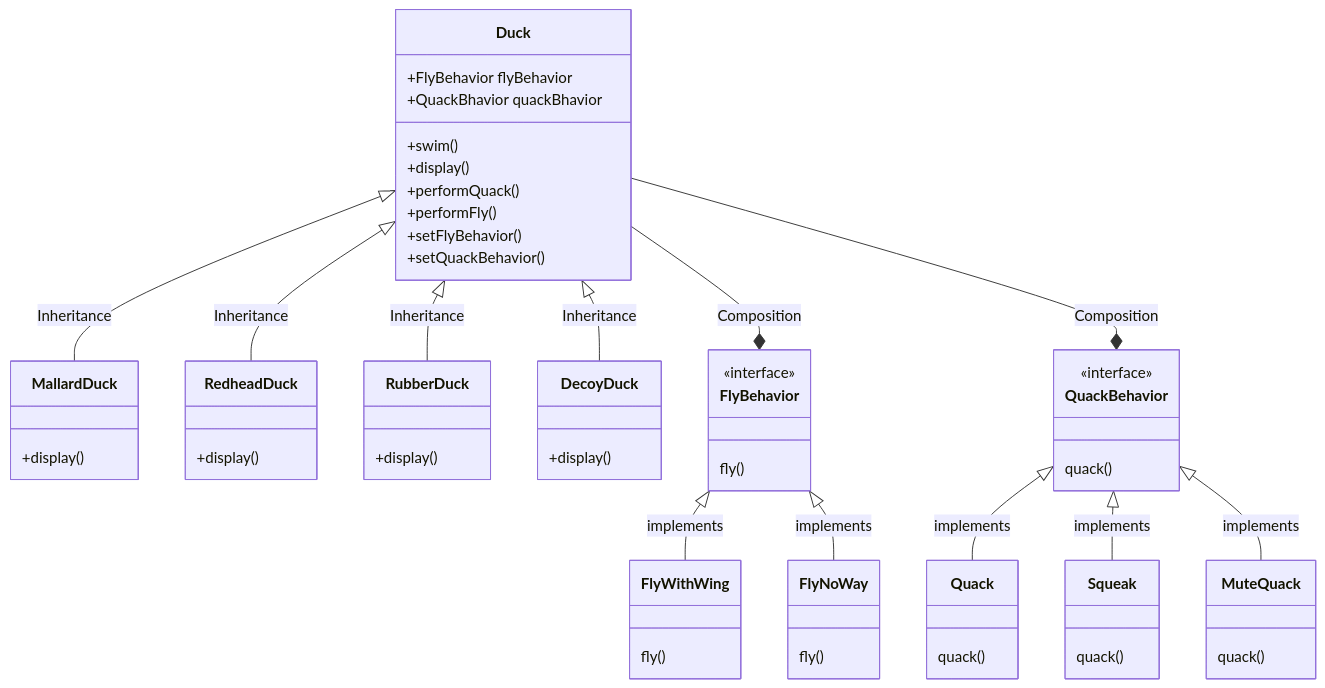
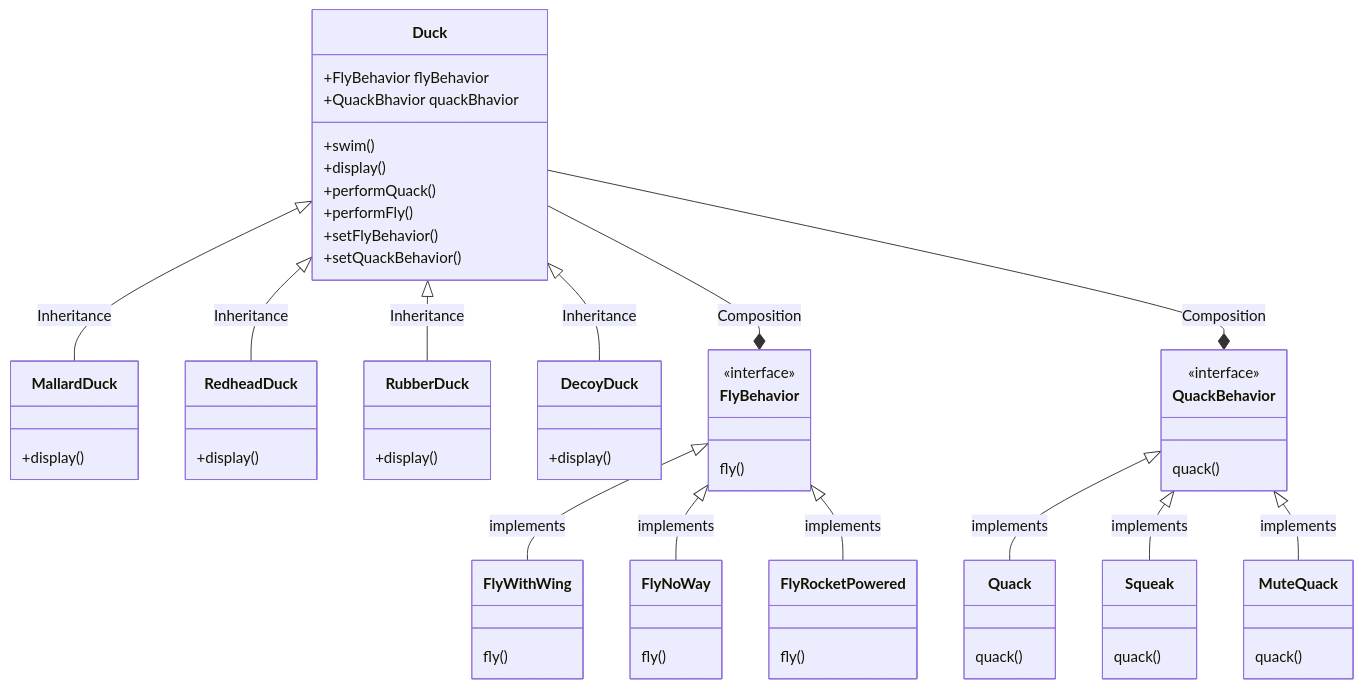
One commit to ryom0624/solidity-design-patterns changed the diagram in contracts/strategy/uml.md. Above: the diagram before and after it, drawn with Mermaid. The commit also changed other lines of this file, not shown here.

````diff
--- a/contracts/strategy/uml.md
+++ b/contracts/strategy/uml.md
@@ -3,65 +10,69 @@
 ```mermaid
 classDiagram
 
     class Duck {
         +FlyBehavior flyBehavior
         +QuackBhavior quackBhavior
         +swim()
         +display()
         +performQuack()
         +performFly()
         +setFlyBehavior()
         +setQuackBehavior()
     }
 
     class MallardDuck {
         +display()
     }
     class RedheadDuck {
         +display()
     }
     class RubberDuck {
         +display()
     }
     class DecoyDuck {
         +display()
     }
     Duck <|-- MallardDuck : Inheritance
     Duck <|-- RedheadDuck : Inheritance
     Duck <|-- RubberDuck : Inheritance
     Duck <|-- DecoyDuck : Inheritance
     Duck --* FlyBehavior : Composition
     Duck --* QuackBehavior : Composition
 
     class FlyBehavior {
         <<interface>>
         fly()
     }
     class FlyWithWing {
         fly()
     }
     class FlyNoWay {
         fly()
     }
+    class FlyRocketPowered {
+        fly()
+    }
     FlyBehavior <|-- FlyWithWing : implements
     FlyBehavior <|-- FlyNoWay : implements
+    FlyBehavior <|-- FlyRocketPowered : implements
 
     class QuackBehavior {
         <<interface>>
         quack()
     }
     class Quack {
         quack()
     }
     class Squeak {
         quack()
     }
     class MuteQuack {
         quack()
     }
     QuackBehavior <|-- Quack : implements
     QuackBehavior <|-- Squeak : implements
     QuackBehavior <|-- MuteQuack : implements
 
 
 ```
````
